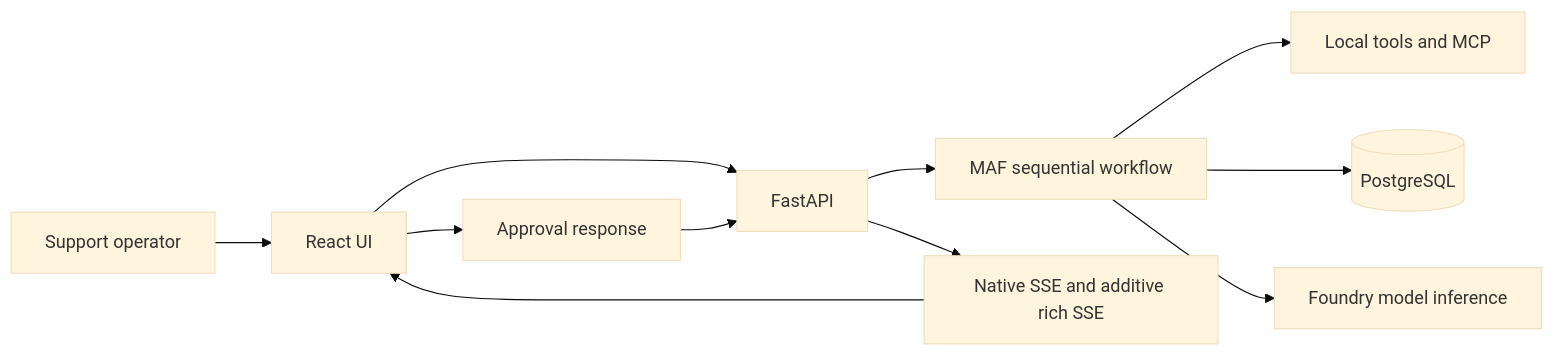
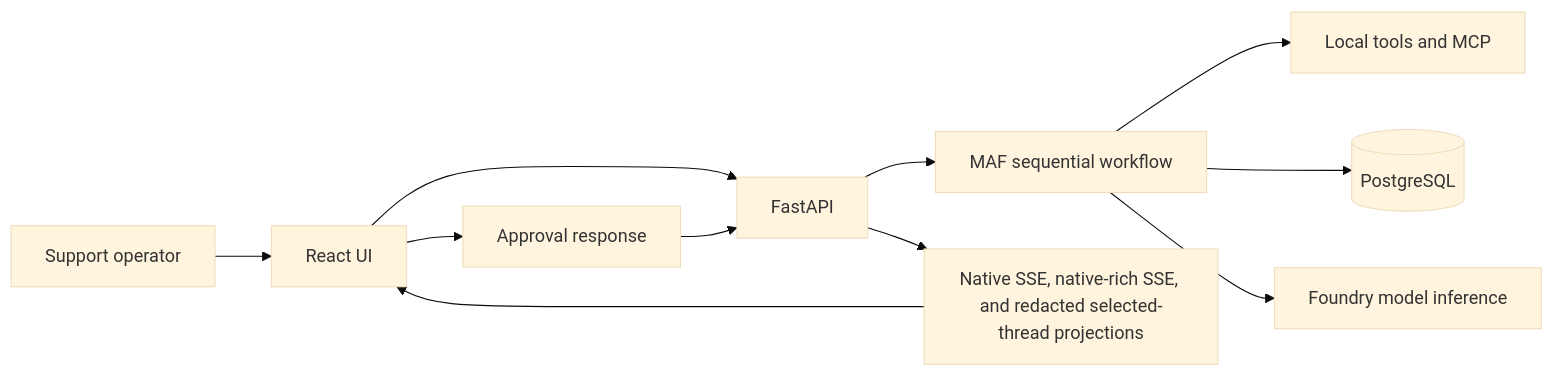
The diagram in agents/order-resolution/azure-hosted/docs/design/architecture.md (ppenumatsa1/maf-monorepo), drawn with Mermaid (base theme) before and after one commit. The commit also changed other lines of this file and 100 other files, not shown here.

````diff
--- a/agents/order-resolution/azure-hosted/docs/design/architecture.md
+++ b/agents/order-resolution/azure-hosted/docs/design/architecture.md
@@ -16,13 +58,13 @@
 ```mermaid
 flowchart LR
     U[Support operator] --> UI[React UI]
     UI --> API[FastAPI]
     API --> MAF[MAF sequential workflow]
     MAF --> TOOLS[Local tools and MCP]
     MAF --> PG[(PostgreSQL)]
     MAF --> MODEL[Foundry model inference]
-    API --> SSE[Native SSE and additive rich SSE]
+    API --> SSE[Native SSE, native-rich SSE, and redacted selected-thread projections]
     SSE --> UI
     UI --> HITL[Approval response]
     HITL --> API
 ```
````
